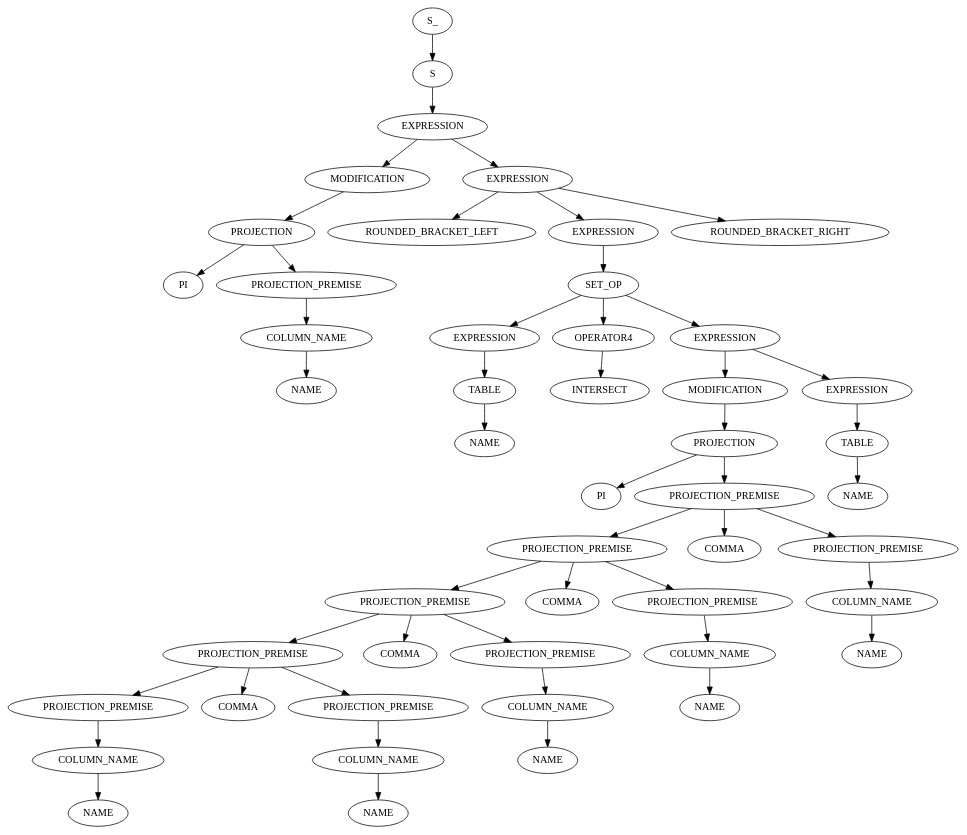
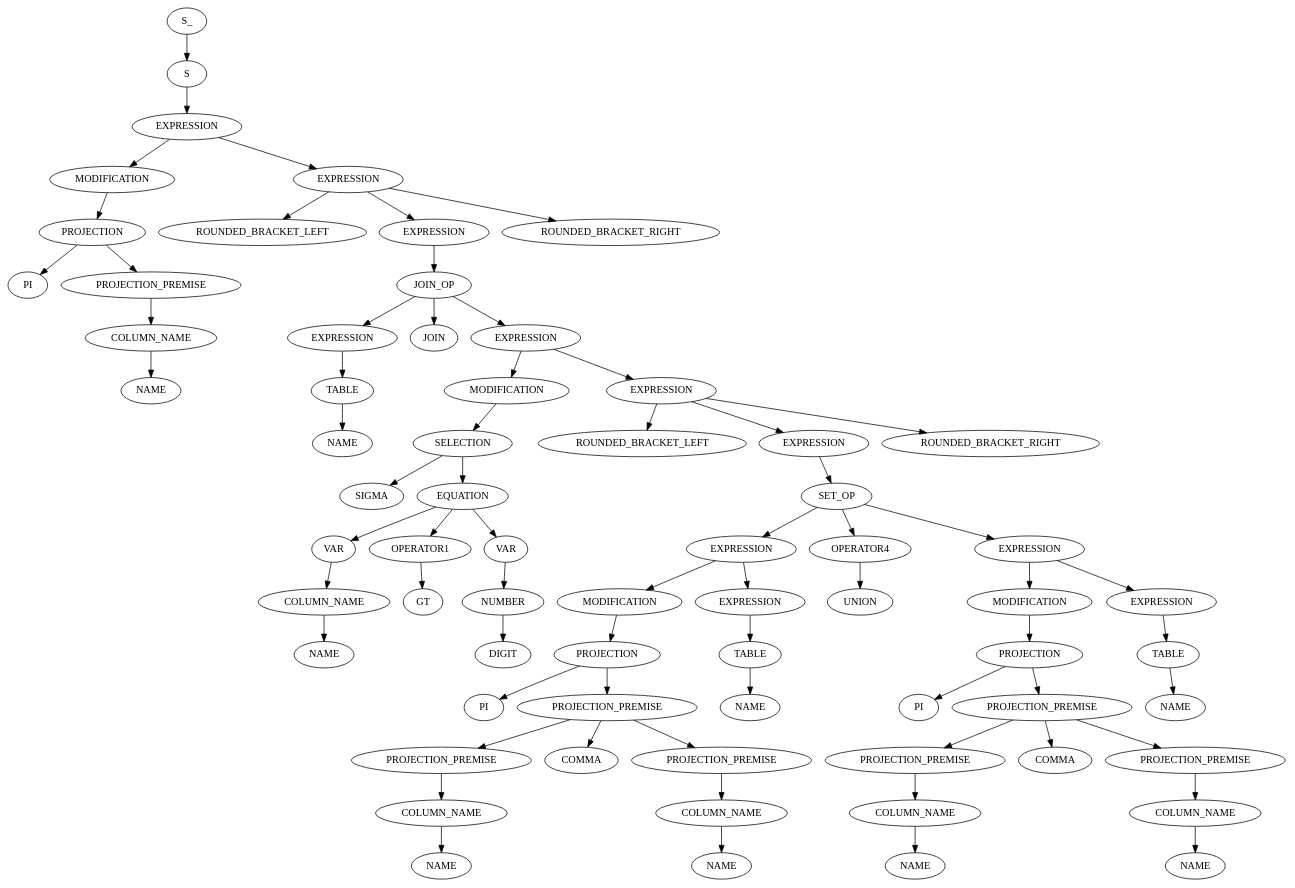
Before and after one commit to RobbeNooyens/RATSQL: the diagram in output/out.dot, drawn with Graphviz. The commit also changed 2 other files, not shown here.

```diff
--- a/output/out.dot
+++ b/output/out.dot
@@ -1,99 +1,137 @@
 digraph ParseTree {
   0 [label="S_"];
   0 -> 1
   1 [label="S"];
   1 -> 2
   2 [label="EXPRESSION"];
   2 -> 3
   3 [label="MODIFICATION"];
   3 -> 4
   4 [label="PROJECTION"];
   4 -> 5
   5 [label="PI"];
   4 -> 6
   6 [label="PROJECTION_PREMISE"];
   6 -> 7
   7 [label="COLUMN_NAME"];
   7 -> 8
   8 [label="NAME"];
   2 -> 9
   9 [label="EXPRESSION"];
   9 -> 10
   10 [label="ROUNDED_BRACKET_LEFT"];
   9 -> 11
   11 [label="EXPRESSION"];
   11 -> 12
-  12 [label="SET_OP"];
+  12 [label="JOIN_OP"];
   12 -> 13
   13 [label="EXPRESSION"];
   13 -> 14
   14 [label="TABLE"];
   14 -> 15
   15 [label="NAME"];
   12 -> 16
-  16 [label="OPERATOR4"];
-  16 -> 17
-  17 [label="INTERSECT"];
-  12 -> 18
-  18 [label="EXPRESSION"];
+  16 [label="JOIN"];
+  12 -> 17
+  17 [label="EXPRESSION"];
+  17 -> 18
+  18 [label="MODIFICATION"];
   18 -> 19
-  19 [label="MODIFICATION"];
+  19 [label="SELECTION"];
   19 -> 20
-  20 [label="PROJECTION"];
-  20 -> 21
-  21 [label="PI"];
-  20 -> 22
-  22 [label="PROJECTION_PREMISE"];
+  20 [label="SIGMA"];
+  19 -> 21
+  21 [label="EQUATION"];
+  21 -> 22
+  22 [label="VAR"];
   22 -> 23
-  23 [label="PROJECTION_PREMISE"];
+  23 [label="COLUMN_NAME"];
   23 -> 24
-  24 [label="PROJECTION_PREMISE"];
-  24 -> 25
-  25 [label="PROJECTION_PREMISE"];
+  24 [label="NAME"];
+  21 -> 25
+  25 [label="OPERATOR1"];
   25 -> 26
-  26 [label="PROJECTION_PREMISE"];
-  26 -> 27
-  27 [label="COLUMN_NAME"];
+  26 [label="GT"];
+  21 -> 27
+  27 [label="VAR"];
   27 -> 28
-  28 [label="NAME"];
-  25 -> 29
-  29 [label="COMMA"];
-  25 -> 30
-  30 [label="PROJECTION_PREMISE"];
+  28 [label="NUMBER"];
+  28 -> 29
+  29 [label="DIGIT"];
+  17 -> 30
+  30 [label="EXPRESSION"];
   30 -> 31
-  31 [label="COLUMN_NAME"];
-  31 -> 32
-  32 [label="NAME"];
-  24 -> 33
-  33 [label="COMMA"];
-  24 -> 34
-  34 [label="PROJECTION_PREMISE"];
+  31 [label="ROUNDED_BRACKET_LEFT"];
+  30 -> 32
+  32 [label="EXPRESSION"];
+  32 -> 33
+  33 [label="SET_OP"];
+  33 -> 34
+  34 [label="EXPRESSION"];
   34 -> 35
-  35 [label="COLUMN_NAME"];
+  35 [label="MODIFICATION"];
   35 -> 36
-  36 [label="NAME"];
-  23 -> 37
-  37 [label="COMMA"];
-  23 -> 38
+  36 [label="PROJECTION"];
+  36 -> 37
+  37 [label="PI"];
+  36 -> 38
   38 [label="PROJECTION_PREMISE"];
   38 -> 39
-  39 [label="COLUMN_NAME"];
+  39 [label="PROJECTION_PREMISE"];
   39 -> 40
-  40 [label="NAME"];
-  22 -> 41
-  41 [label="COMMA"];
-  22 -> 42
-  42 [label="PROJECTION_PREMISE"];
-  42 -> 43
-  43 [label="COLUMN_NAME"];
+  40 [label="COLUMN_NAME"];
+  40 -> 41
+  41 [label="NAME"];
+  38 -> 42
+  42 [label="COMMA"];
+  38 -> 43
+  43 [label="PROJECTION_PREMISE"];
   43 -> 44
-  44 [label="NAME"];
-  18 -> 45
-  45 [label="EXPRESSION"];
-  45 -> 46
-  46 [label="TABLE"];
+  44 [label="COLUMN_NAME"];
+  44 -> 45
+  45 [label="NAME"];
+  34 -> 46
+  46 [label="EXPRESSION"];
   46 -> 47
-  47 [label="NAME"];
-  9 -> 48
-  48 [label="ROUNDED_BRACKET_RIGHT"];
+  47 [label="TABLE"];
+  47 -> 48
+  48 [label="NAME"];
+  33 -> 49
+  49 [label="OPERATOR4"];
+  49 -> 50
+  50 [label="UNION"];
+  33 -> 51
+  51 [label="EXPRESSION"];
+  51 -> 52
+  52 [label="MODIFICATION"];
+  52 -> 53
+  53 [label="PROJECTION"];
+  53 -> 54
+  54 [label="PI"];
+  53 -> 55
+  55 [label="PROJECTION_PREMISE"];
+  55 -> 56
+  56 [label="PROJECTION_PREMISE"];
+  56 -> 57
+  57 [label="COLUMN_NAME"];
+  57 -> 58
+  58 [label="NAME"];
+  55 -> 59
+  59 [label="COMMA"];
+  55 -> 60
+  60 [label="PROJECTION_PREMISE"];
+  60 -> 61
+  61 [label="COLUMN_NAME"];
+  61 -> 62
+  62 [label="NAME"];
+  51 -> 63
+  63 [label="EXPRESSION"];
+  63 -> 64
+  64 [label="TABLE"];
+  64 -> 65
+  65 [label="NAME"];
+  30 -> 66
+  66 [label="ROUNDED_BRACKET_RIGHT"];
+  9 -> 67
+  67 [label="ROUNDED_BRACKET_RIGHT"];
 }
```
